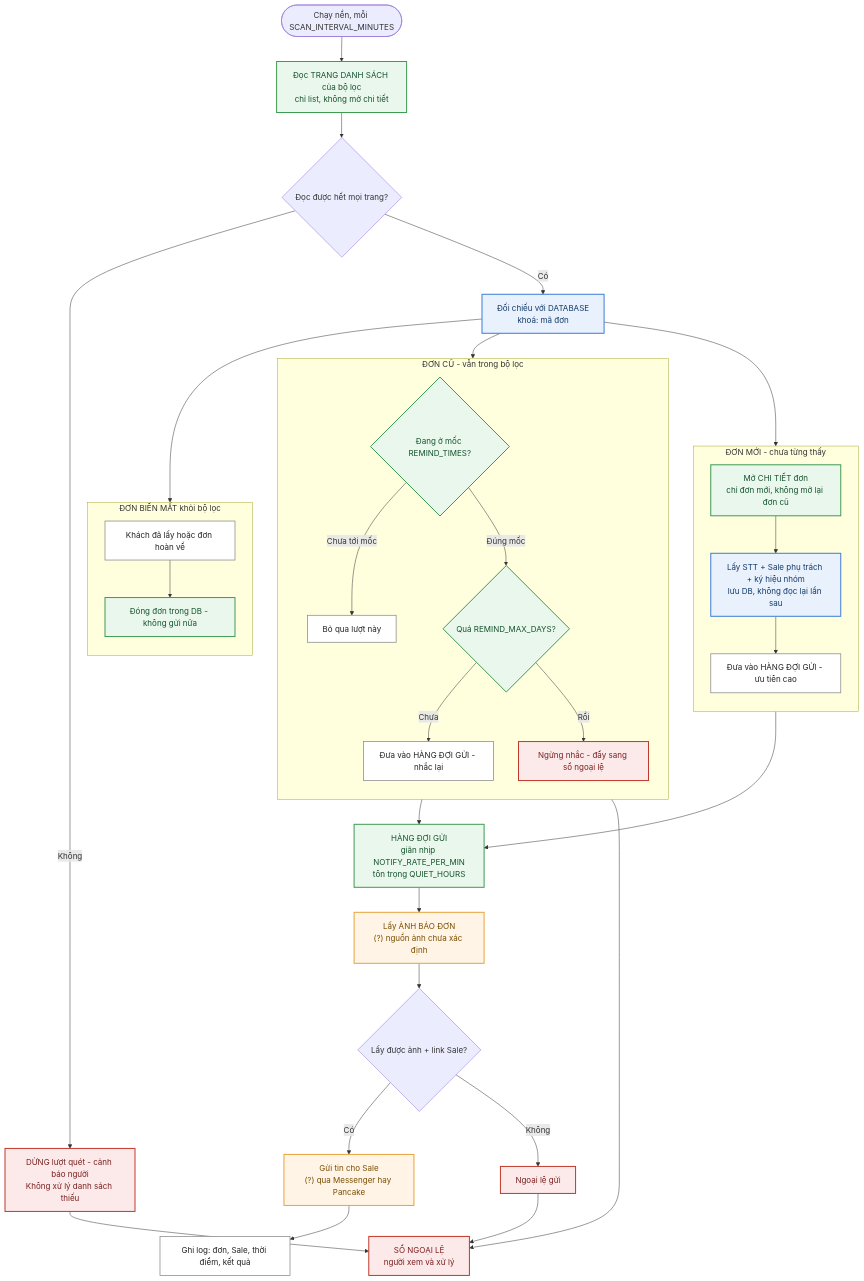
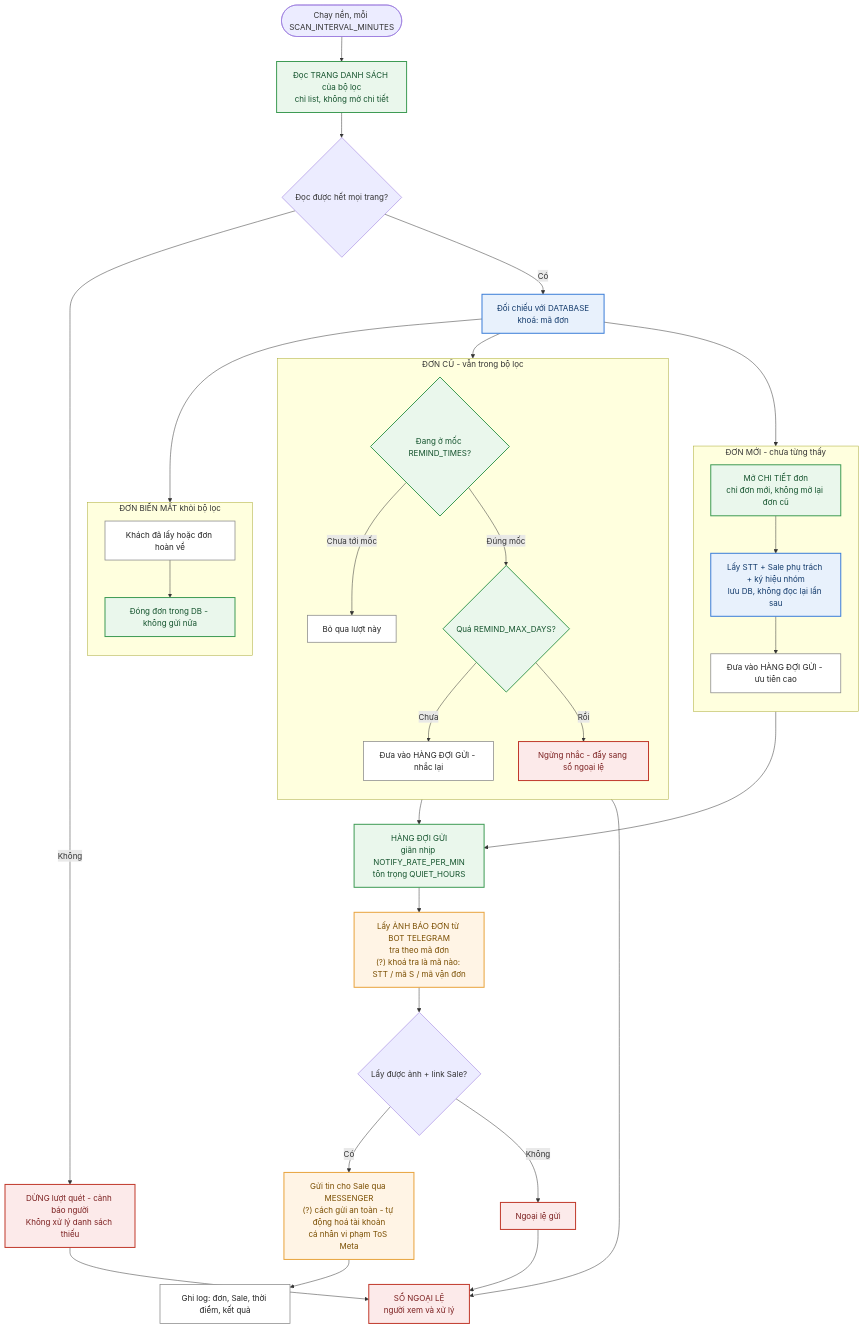
One commit to CyrusDev1512/dvs-baodon changed the second of 2 diagrams in docs/bao-don-flow.md. Above: the diagram before and after it, drawn with Mermaid. The commit also changed other lines of this file and 1 other file, not shown here.

First line of the commit message:
docs: chot 5/8 cau hoi khao sat (flow v1.1) + cap nhat dashboard

````diff
--- a/docs/bao-don-flow.md
+++ b/docs/bao-don-flow.md
@@ -130,74 +130,74 @@
 ```mermaid
 flowchart TD
     T(["Chạy nền, mỗi SCAN_INTERVAL_MINUTES"]) --> P1
 
     P1["Đọc TRANG DANH SÁCH của bộ lọc<br/>chỉ list, không mở chi tiết"]
     P2{"Đọc được hết mọi trang?"}
     P9["DỪNG lượt quét - cảnh báo người<br/>Không xử lý danh sách thiếu"]
     P1 --> P2
     P2 -- "Không" --> P9
     P2 -- "Có" --> P3
 
     P3["Đối chiếu với DATABASE<br/>khoá: mã đơn"]
     P3 --> N1
     P3 --> R1
     P3 --> X1
 
     subgraph SN["ĐƠN MỚI - chưa từng thấy"]
         direction TB
         N1["Mở CHI TIẾT đơn<br/>chỉ đơn mới, không mở lại đơn cũ"]
         N2["Lấy STT + Sale phụ trách + ký hiệu nhóm<br/>lưu DB, không đọc lại lần sau"]
         N3["Đưa vào HÀNG ĐỢI GỬI - ưu tiên cao"]
         N1 --> N2 --> N3
     end
 
     subgraph SR["ĐƠN CŨ - vẫn trong bộ lọc"]
         direction TB
         R1{"Đang ở mốc REMIND_TIMES?"}
         R2{"Quá REMIND_MAX_DAYS?"}
         R3["Đưa vào HÀNG ĐỢI GỬI - nhắc lại"]
         R8["Ngừng nhắc - đẩy sang sổ ngoại lệ"]
         R1 -- "Chưa tới mốc" --> RSKIP["Bỏ qua lượt này"]
         R1 -- "Đúng mốc" --> R2
         R2 -- "Chưa" --> R3
         R2 -- "Rồi" --> R8
     end
 
     subgraph SX["ĐƠN BIẾN MẤT khỏi bộ lọc"]
         direction TB
         X1["Khách đã lấy hoặc đơn hoàn về"]
         X2["Đóng đơn trong DB - không gửi nữa"]
         X1 --> X2
     end
 
     N3 --> Q
     R3 --> Q
     Q["HÀNG ĐỢI GỬI<br/>giãn nhịp NOTIFY_RATE_PER_MIN<br/>tôn trọng QUIET_HOURS"]
 
     Q --> M1
-    M1["Lấy ẢNH BÁO ĐƠN<br/>(?) nguồn ảnh chưa xác định"]
+    M1["Lấy ẢNH BÁO ĐƠN từ BOT TELEGRAM<br/>tra theo mã đơn<br/>(?) khoá tra là mã nào: STT / mã S / mã vận đơn"]
     M2{"Lấy được ảnh + link Sale?"}
-    M3["Gửi tin cho Sale<br/>(?) qua Messenger hay Pancake"]
+    M3["Gửi tin cho Sale qua MESSENGER<br/>(?) cách gửi an toàn - tự động hoá tài khoản<br/>cá nhân vi phạm ToS Meta"]
     M4["Ghi log: đơn, Sale, thời điểm, kết quả"]
     M9["Ngoại lệ gửi"]
     M1 --> M2
     M2 -- "Có" --> M3 --> M4
     M2 -- "Không" --> M9
 
     P9 --> ERR
     R8 --> ERR
     M9 --> ERR
     ERR["SỔ NGOẠI LỆ<br/>người xem và xử lý"]
 
     classDef unknown fill:#FFF4E5,stroke:#E8A33D,stroke-width:2px,color:#7A4E00
     classDef data fill:#E8F1FC,stroke:#3B7DD8,stroke-width:2px,color:#123A6B
     classDef rule fill:#EAF7EC,stroke:#3E9B54,stroke-width:2px,color:#14532D
     classDef action fill:#FFFFFF,stroke:#8A8A8A,stroke-width:1.5px,color:#222222
     classDef problem fill:#FCEAEA,stroke:#C0392B,stroke-width:2px,color:#7B1F1F
 
     class M1,M3 unknown
     class N2,P3 data
     class P1,Q,R1,R2,X2,N1 rule
     class N3,R3,M4,RSKIP,X1 action
     class P9,R8,M9,ERR problem
 ```
````
